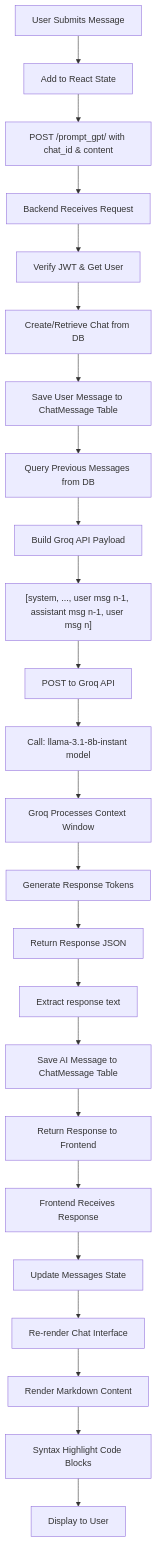
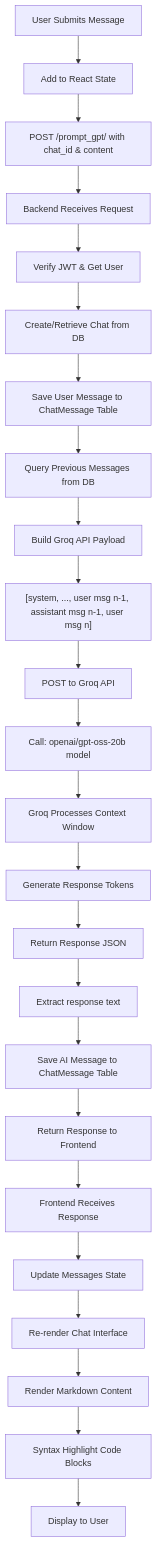
One commit to SujayKumarMondal/ChatBot-FastAPI-NextJS changed the eighth of 14 diagrams in documentaion/05_Workflow_and_Flowcharts.md. Above: the diagram before and after it, drawn with Mermaid. The commit also changed other lines of this file and 12 other files, not shown here.

Commit message:
Update AI model references from Groq LLaMA 3.1 to OpenAI GPT-OSS 20B across documentation and codebase

````diff
--- a/documentaion/05_Workflow_and_Flowcharts.md
+++ b/documentaion/05_Workflow_and_Flowcharts.md
@@ -330,31 +330,31 @@
 ```mermaid
 flowchart TD
     A[User Submits Message] --> B[Add to React State]
     B --> C[POST /prompt_gpt/ with chat_id & content]
     
     C --> D[Backend Receives Request]
     D --> E[Verify JWT & Get User]
     E --> F[Create/Retrieve Chat from DB]
     F --> G[Save User Message to ChatMessage Table]
     
     G --> H[Query Previous Messages from DB]
     H --> I[Build Groq API Payload]
     I --> J["[system, ..., user msg n-1, assistant msg n-1, user msg n]"]
     
     J --> K[POST to Groq API]
-    K --> L[Call: llama-3.1-8b-instant model]
+    K --> L[Call: openai/gpt-oss-20b model]
     L --> M[Groq Processes Context Window]
     M --> N[Generate Response Tokens]
     
     N --> O[Return Response JSON]
     O --> P[Extract response text]
     P --> Q[Save AI Message to ChatMessage Table]
     Q --> R[Return Response to Frontend]
     
     R --> S[Frontend Receives Response]
     S --> T[Update Messages State]
     T --> U[Re-render Chat Interface]
     U --> V[Render Markdown Content]
     V --> W[Syntax Highlight Code Blocks]
     W --> X[Display to User]
 ```
````
